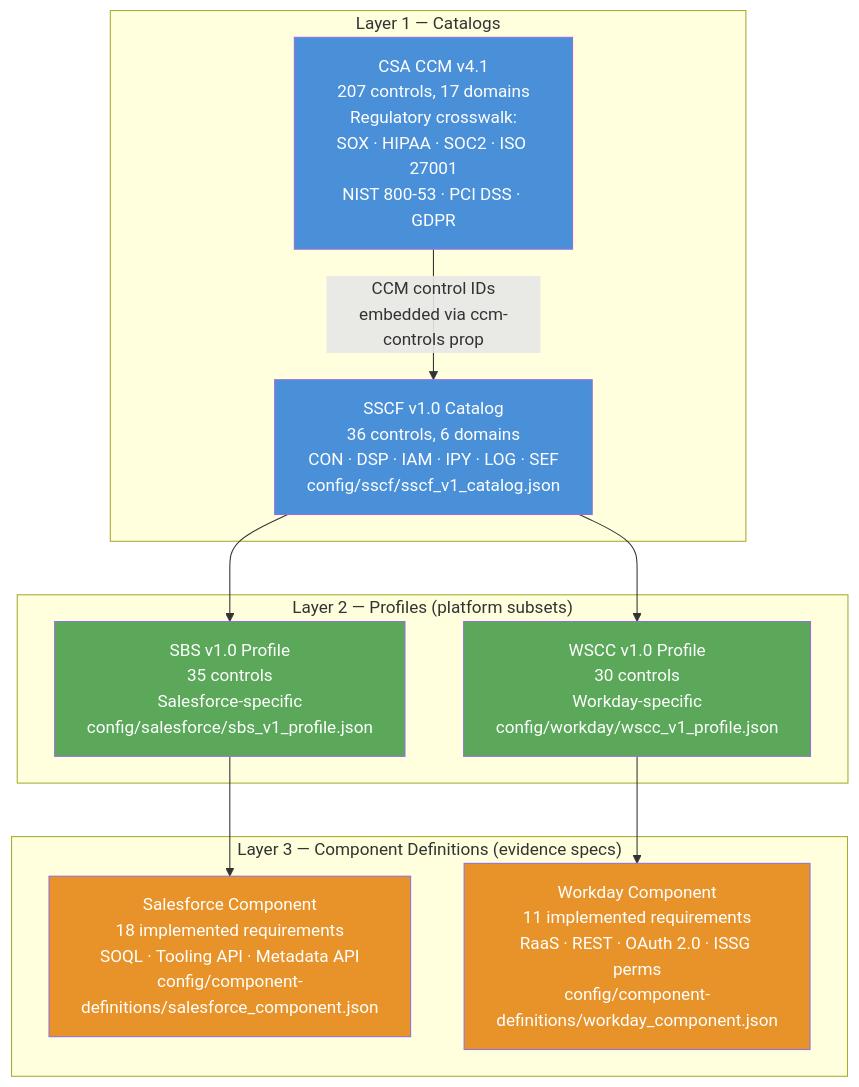
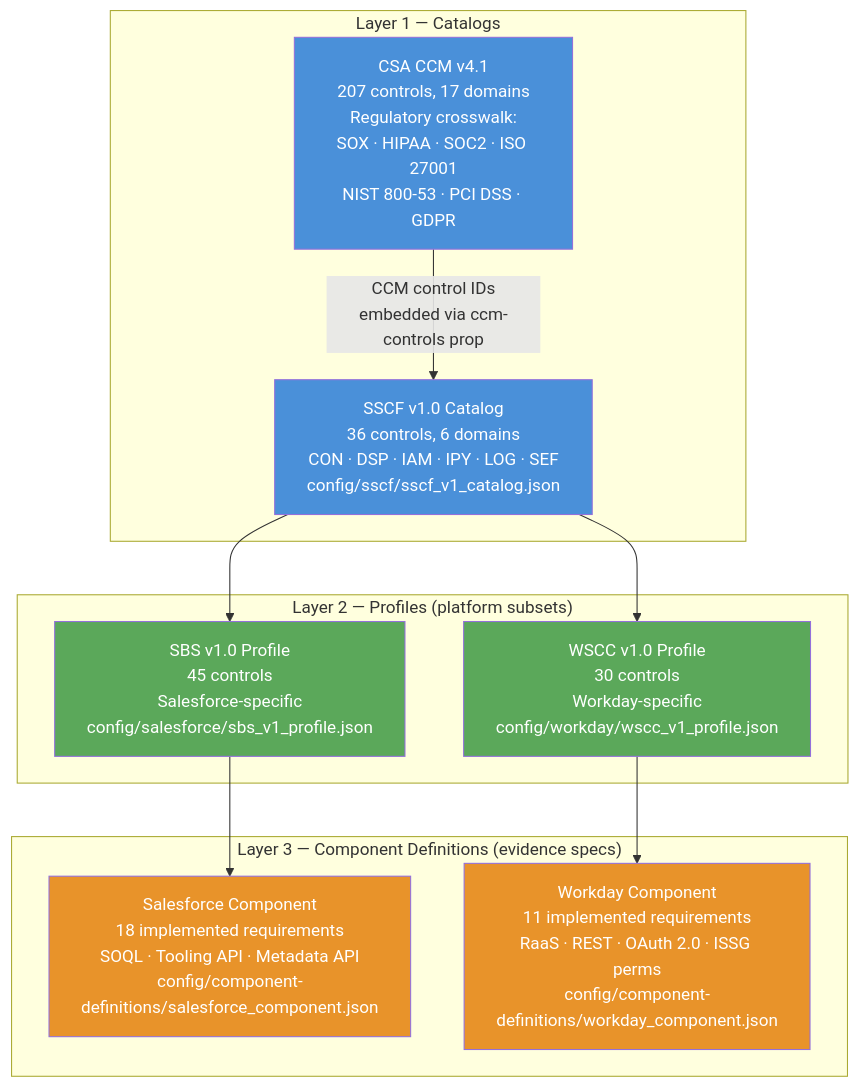
Before and after one commit to dfirs1car1o/saas-assurance: the second of 9 diagrams in docs/wiki/OSCAL-Guide.md, drawn with Mermaid. The commit also changed 7 other files, not shown here.

````diff
--- a/docs/wiki/OSCAL-Guide.md
+++ b/docs/wiki/OSCAL-Guide.md
@@ -92,30 +92,30 @@
 ```mermaid
 flowchart TD
     subgraph LAYER1["Layer 1 — Catalogs"]
         CCM["CSA CCM v4.1\n207 controls, 17 domains\nRegulatory crosswalk:\nSOX · HIPAA · SOC2 · ISO 27001\nNIST 800-53 · PCI DSS · GDPR"]
         SSCF["SSCF v1.0 Catalog\n36 controls, 6 domains\nCON · DSP · IAM · IPY · LOG · SEF\nconfig/sscf/sscf_v1_catalog.json"]
     end
 
     subgraph LAYER2["Layer 2 — Profiles (platform subsets)"]
-        SBS["SBS v1.0 Profile\n35 controls\nSalesforce-specific\nconfig/salesforce/sbs_v1_profile.json"]
+        SBS["SBS v1.0 Profile\n45 controls\nSalesforce-specific\nconfig/salesforce/sbs_v1_profile.json"]
         WSCC["WSCC v1.0 Profile\n30 controls\nWorkday-specific\nconfig/workday/wscc_v1_profile.json"]
     end
 
     subgraph LAYER3["Layer 3 — Component Definitions (evidence specs)"]
         SFDC_CD["Salesforce Component\n18 implemented requirements\nSOQL · Tooling API · Metadata API\nconfig/component-definitions/salesforce_component.json"]
         WD_CD["Workday Component\n11 implemented requirements\nRaaS · REST · OAuth 2.0 · ISSG perms\nconfig/component-definitions/workday_component.json"]
     end
 
     CCM -->|"CCM control IDs\nembedded via ccm-controls prop"| SSCF
     SSCF --> SBS
     SSCF --> WSCC
     SBS --> SFDC_CD
     WSCC --> WD_CD
 
     style CCM fill:#4a90d9,color:#fff
     style SSCF fill:#4a90d9,color:#fff
     style SBS fill:#5ba85a,color:#fff
     style WSCC fill:#5ba85a,color:#fff
     style SFDC_CD fill:#e8932a,color:#fff
     style WD_CD fill:#e8932a,color:#fff
 ```
````
